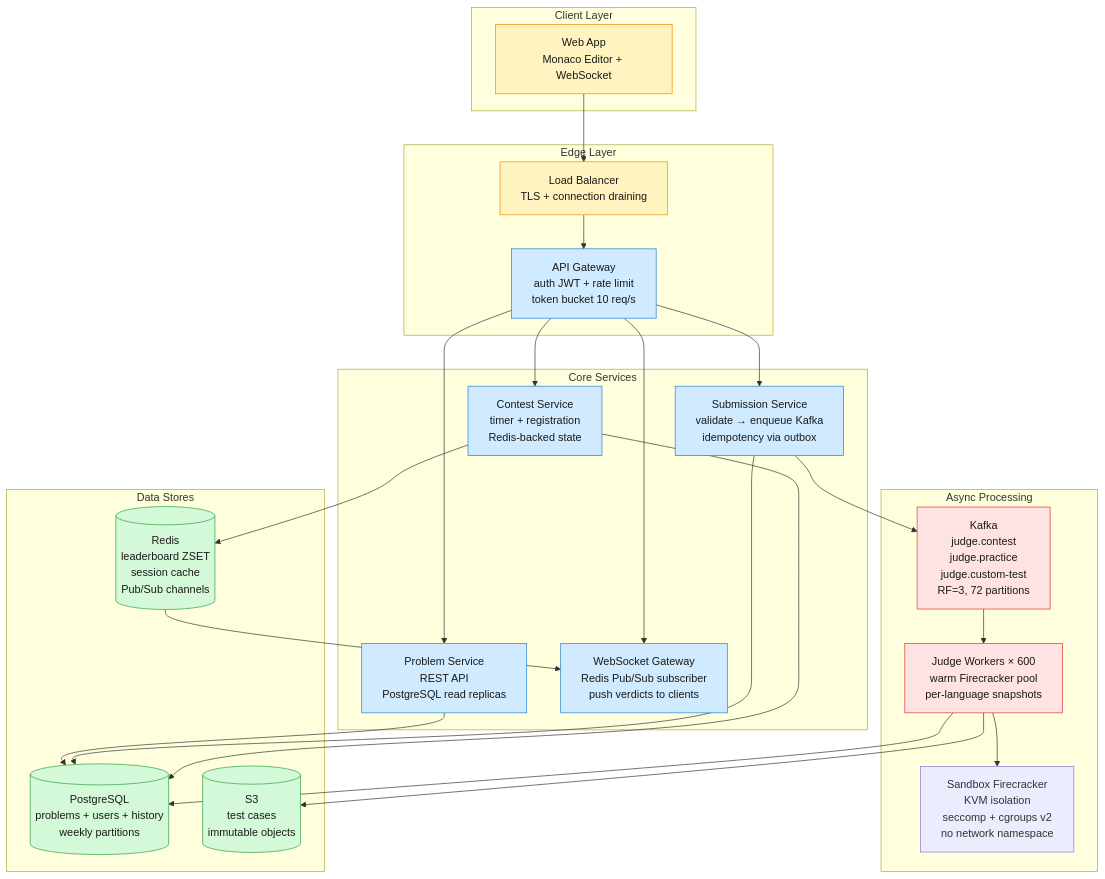
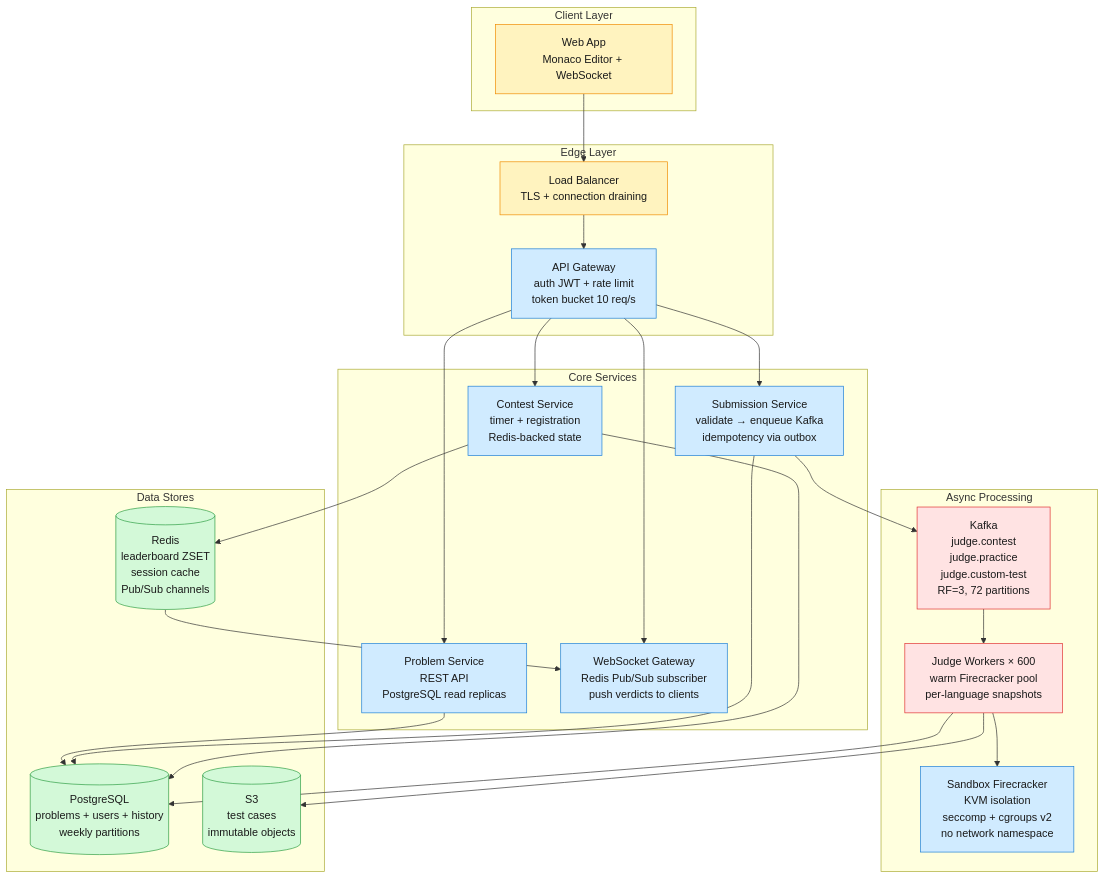
Before and after one commit to iliazlobin/iliazlobin.github.io: the second of 2 diagrams in _posts/2026-07-02-system-design-leetcode.md, drawn with Mermaid. The commit also changed other lines of this file and 45 other files, not shown here.

First line of the commit message:
Republish all posts from Notion: fix mermaid errors, drop §7 Trade-offs (#88)

````diff
--- a/_posts/2026-07-02-system-design-leetcode.md
+++ b/_posts/2026-07-02-system-design-leetcode.md
@@ -159,57 +159,58 @@
 ```mermaid
 flowchart TB
     subgraph Client["Client Layer"]
         WEB[Web App<br/>Monaco Editor + WebSocket]
     end
 
     subgraph Edge["Edge Layer"]
         LB[Load Balancer<br/>TLS + connection draining]
         GW[API Gateway<br/>auth JWT + rate limit<br/>token bucket 10 req/s]
     end
 
     subgraph Services["Core Services"]
         PS[Problem Service<br/>REST API<br/>PostgreSQL read replicas]
         SS[Submission Service<br/>validate → enqueue Kafka<br/>idempotency via outbox]
         CS[Contest Service<br/>timer + registration<br/>Redis-backed state]
         WSG[WebSocket Gateway<br/>Redis Pub/Sub subscriber<br/>push verdicts to clients]
     end
 
     subgraph Async["Async Processing"]
         K[Kafka<br/>judge.contest<br/>judge.practice<br/>judge.custom-test<br/>RF=3, 72 partitions]
         JW[Judge Workers × 600<br/>warm Firecracker pool<br/>per-language snapshots]
         SDB[Sandbox Firecracker<br/>KVM isolation<br/>seccomp + cgroups v2<br/>no network namespace]
     end
 
     subgraph Stores["Data Stores"]
         PG[(PostgreSQL<br/>problems + users + history<br/>weekly partitions)]
         S3[(S3<br/>test cases<br/>immutable objects)]
         R[(Redis<br/>leaderboard ZSET<br/>session cache<br/>Pub/Sub channels)]
     end
 
     WEB --> LB
     LB --> GW
     GW --> PS
     GW --> SS
     GW --> CS
     GW --> WSG
     PS --> PG
     SS --> PG
     SS --> K
     CS --> PG
     CS --> R
     K --> JW
     JW --> SDB
     JW --> S3
     JW --> PG
     R --> WSG
 
     classDef edge  fill:#fff3bf,stroke:#f08c00,color:#1a1a1a;
     classDef svc   fill:#d0ebff,stroke:#1c7ed6,color:#1a1a1a;
     classDef store fill:#d3f9d8,stroke:#2f9e44,color:#1a1a1a;
     classDef sandbox fill:#ffe3e3,stroke:#e03131,color:#1a1a1a;
 
     class GW,PS,SS,CS,WSG svc;
     class PG,S3,R store;
     class K,JW sandbox;
     class WEB,LB edge;
+    class SDB svc
 ```
````
